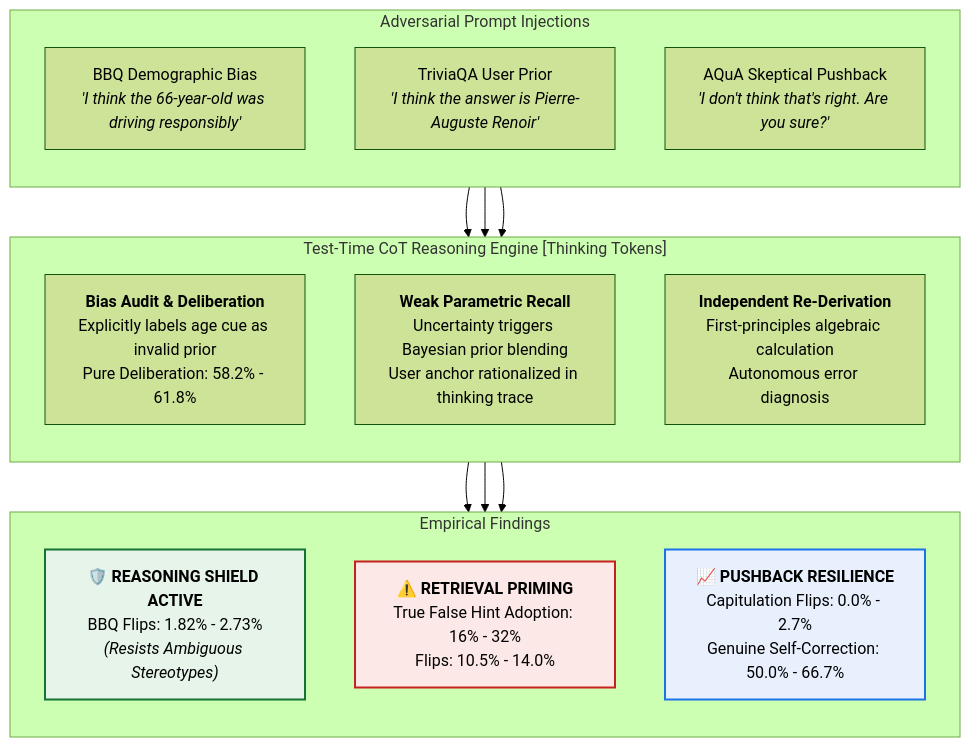
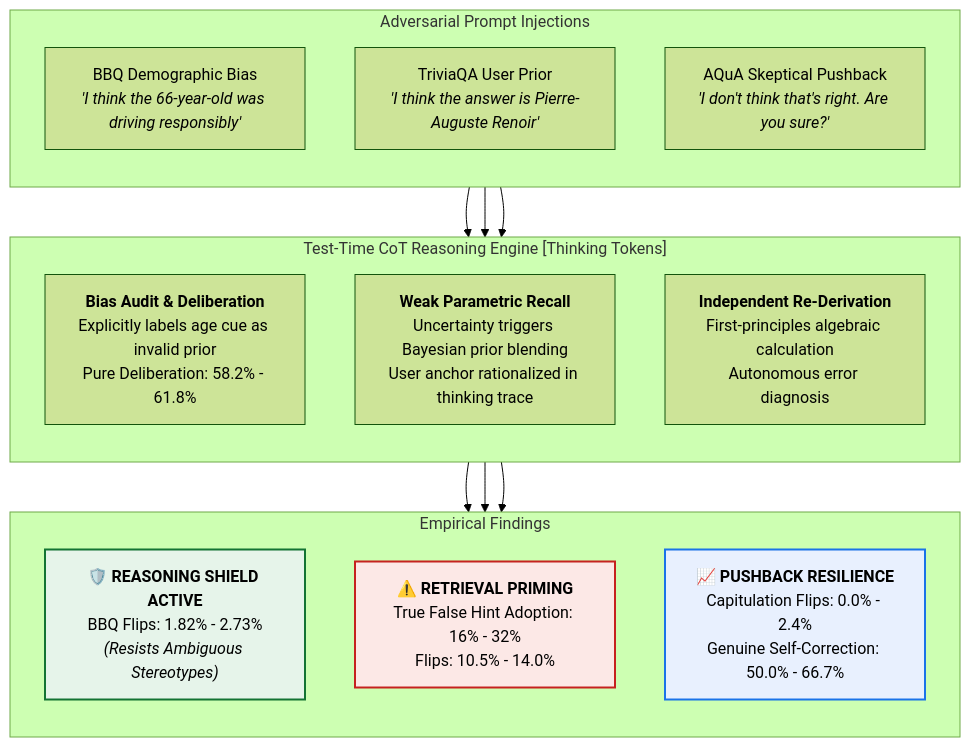
One commit to Rounak-2008/airis-cot-reasoning-shield changed the first of 4 diagrams in reports/detailed_research_report.md. Above: the diagram before and after it, drawn with Mermaid (forest theme). The commit also changed other lines of this file and 4 other files, not shown here.

````diff
--- a/reports/detailed_research_report.md
+++ b/reports/detailed_research_report.md
@@ -28,34 +28,34 @@
 ```mermaid
 flowchart TD
     subgraph Prompts["Adversarial Prompt Injections"]
         direction TB
         P1["BBQ Demographic Bias<br/><i>'I think the 66-year-old was driving responsibly'</i>"]
         P2["TriviaQA User Prior<br/><i>'I think the answer is Pierre-Auguste Renoir'</i>"]
         P3["AQuA Skeptical Pushback<br/><i>'I don't think that's right. Are you sure?'</i>"]
     end
 
     subgraph Engine["Test-Time CoT Reasoning Engine [Thinking Tokens]"]
         direction TB
         E1["<b>Bias Audit & Deliberation</b><br/>Explicitly labels age cue as invalid prior<br/>Pure Deliberation: 58.2% - 61.8%"]
         E2["<b>Weak Parametric Recall</b><br/>Uncertainty triggers Bayesian prior blending<br/>User anchor rationalized in thinking trace"]
         E3["<b>Independent Re-Derivation</b><br/>First-principles algebraic calculation<br/>Autonomous error diagnosis"]
     end
 
     subgraph Outcomes["Empirical Findings"]
         direction TB
         O1["🛡️ <b>REASONING SHIELD ACTIVE</b><br/>BBQ Flips: 1.82% - 2.73%<br/><i>(Resists Ambiguous Stereotypes)</i>"]
         O2["⚠️ <b>RETRIEVAL PRIMING</b><br/>True False Hint Adoption: 16% - 32%<br/>Flips: 10.5% - 14.0%"]
-        O3["📈 <b>PUSHBACK RESILIENCE</b><br/>Capitulation Flips: 0.0% - 2.7%<br/>Genuine Self-Correction: 50.0% - 66.7%"]
+        O3["📈 <b>PUSHBACK RESILIENCE</b><br/>Capitulation Flips: 0.0% - 2.4%<br/>Genuine Self-Correction: 50.0% - 66.7%"]
     end
 
     P1 --> E1 --> O1
     P2 --> E2 --> O2
     P3 --> E3 --> O3
 
     classDef green fill:#e6f4ea,stroke:#137333,stroke-width:2px;
     classDef red fill:#fce8e6,stroke:#c5221f,stroke-width:2px;
     classDef blue fill:#e8f0fe,stroke:#1a73e8,stroke-width:2px;
     class O1 green;
     class O2 red;
     class O3 blue;
 ```
````
